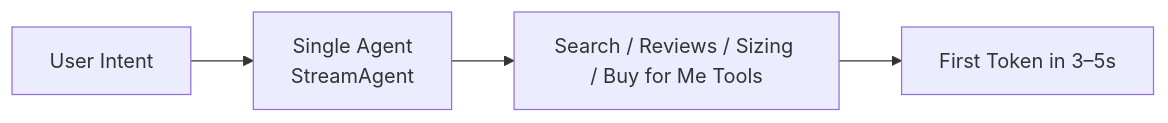
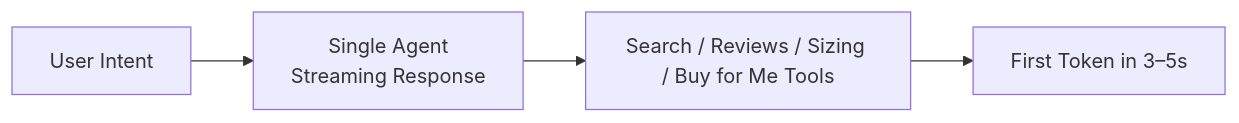
One commit to poirotw66/poirotw66.github.io changed the first of 2 diagrams in src/content/blog/en/55-amazon-tappay-agentic-commerce.md. Above: the diagram before and after it, drawn with Mermaid. The commit also changed other lines of this file and 20 other files, not shown here.

````diff
--- a/src/content/blog/en/55-amazon-tappay-agentic-commerce.md
+++ b/src/content/blog/en/55-amazon-tappay-agentic-commerce.md
@@ -83,9 +83,9 @@
 ```mermaid
 flowchart LR
   User[User Intent]
-  Single[Single Agent<br/>StreamAgent]
+  Single[Single Agent<br/>Streaming Response]
   Tools[Search / Reviews / Sizing / Buy for Me Tools]
   Out[First Token in 3–5s]
 
   User --> Single --> Tools --> Out
 ```
````
